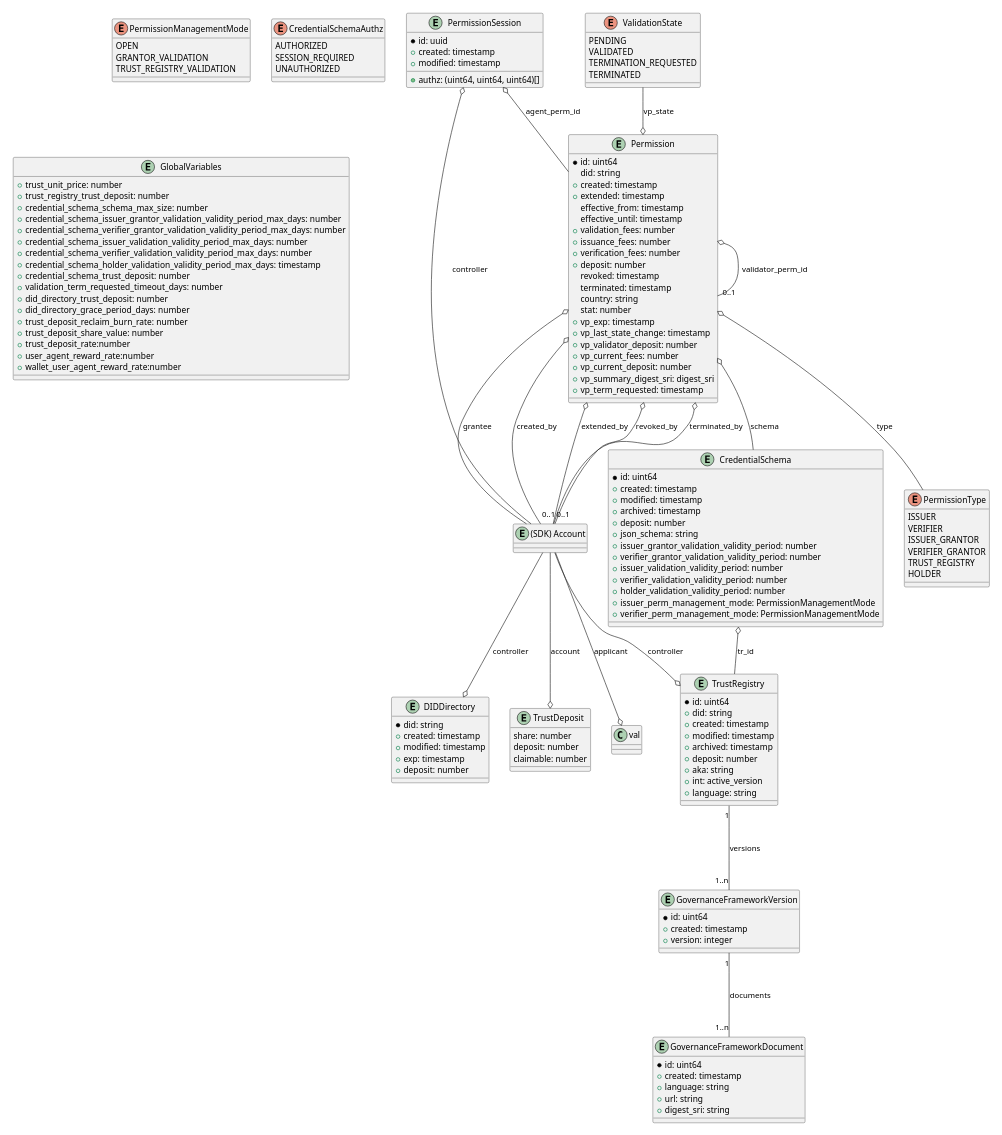
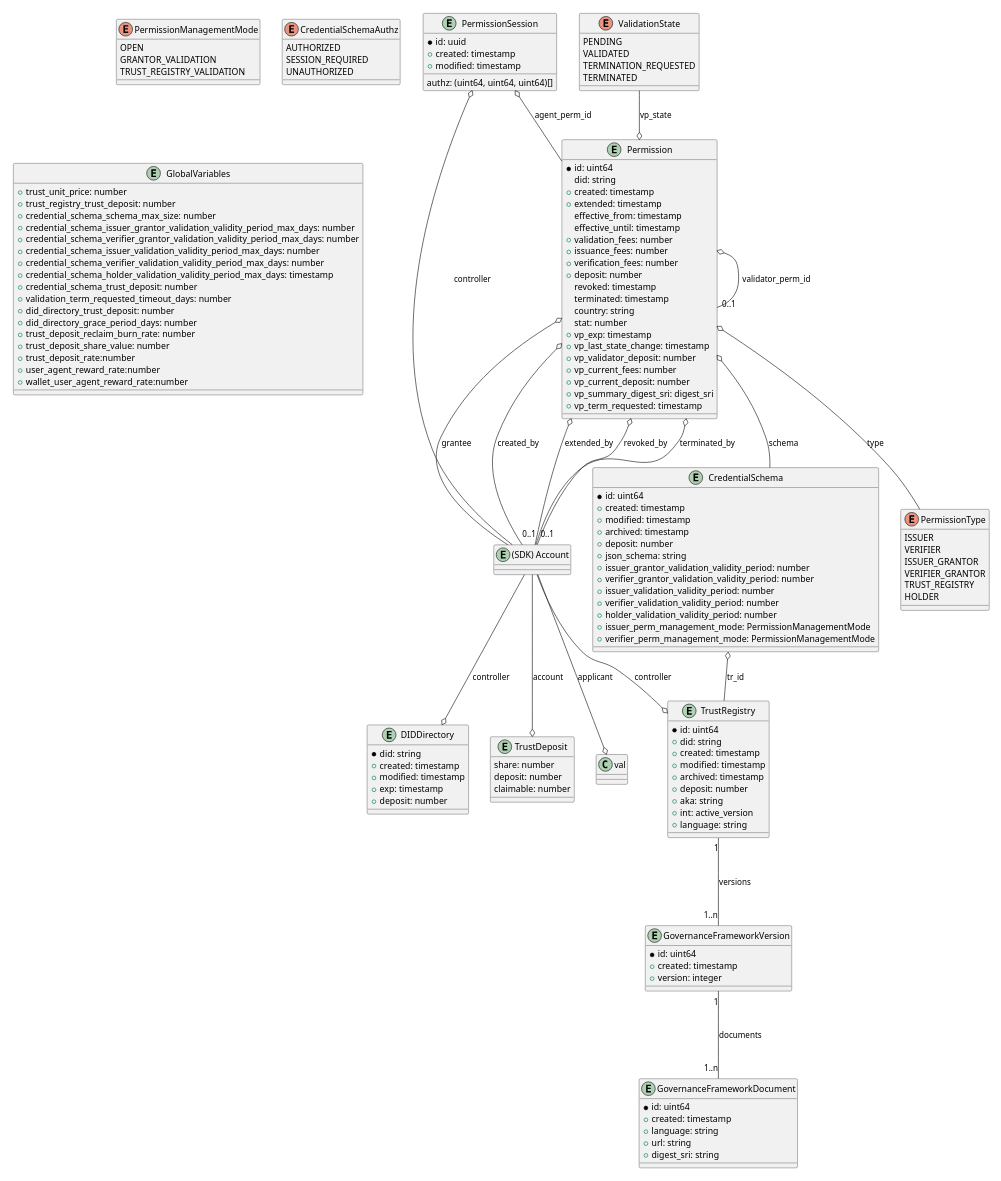
One commit to verana-labs/verifiable-trust-vpr-spec changed the sixth of 13 diagrams in spec.md. Above: the diagram before and after it, drawn with PlantUML. The commit also changed other lines of this file and 1 other file, not shown here.

```diff
--- a/spec.md
+++ b/spec.md
@@ -747,7 +747,7 @@
   *id: uuid
   +created: timestamp
   +modified: timestamp
-  +authz: (uint64, uint64, uint64)[]
+  authz: (uint64, uint64, uint64)[]
 }
 
 enum "PermissionType" as cspt {
@@ -817,6 +817,7 @@
 
 csps o-- account: controller
 csps o-- csp: agent_perm_id
+
 account --o did: controller
 account --o val: applicant
 valstate --o csp: vp_state
```
